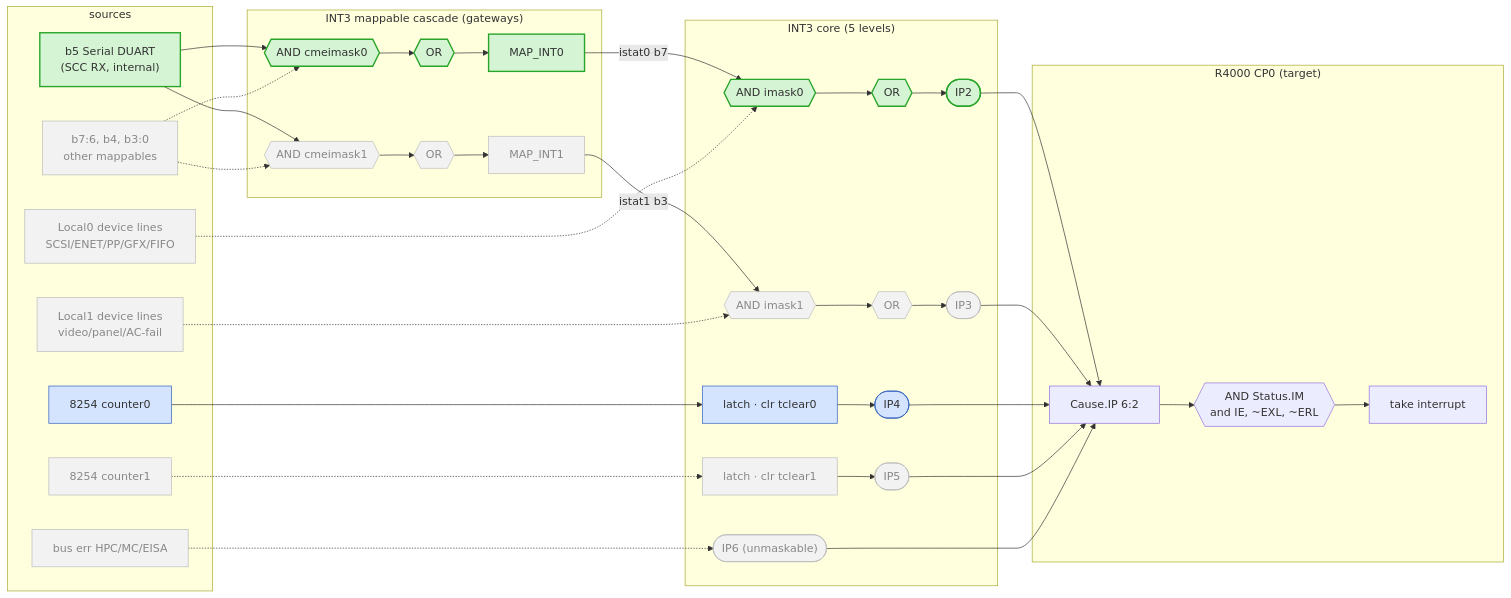
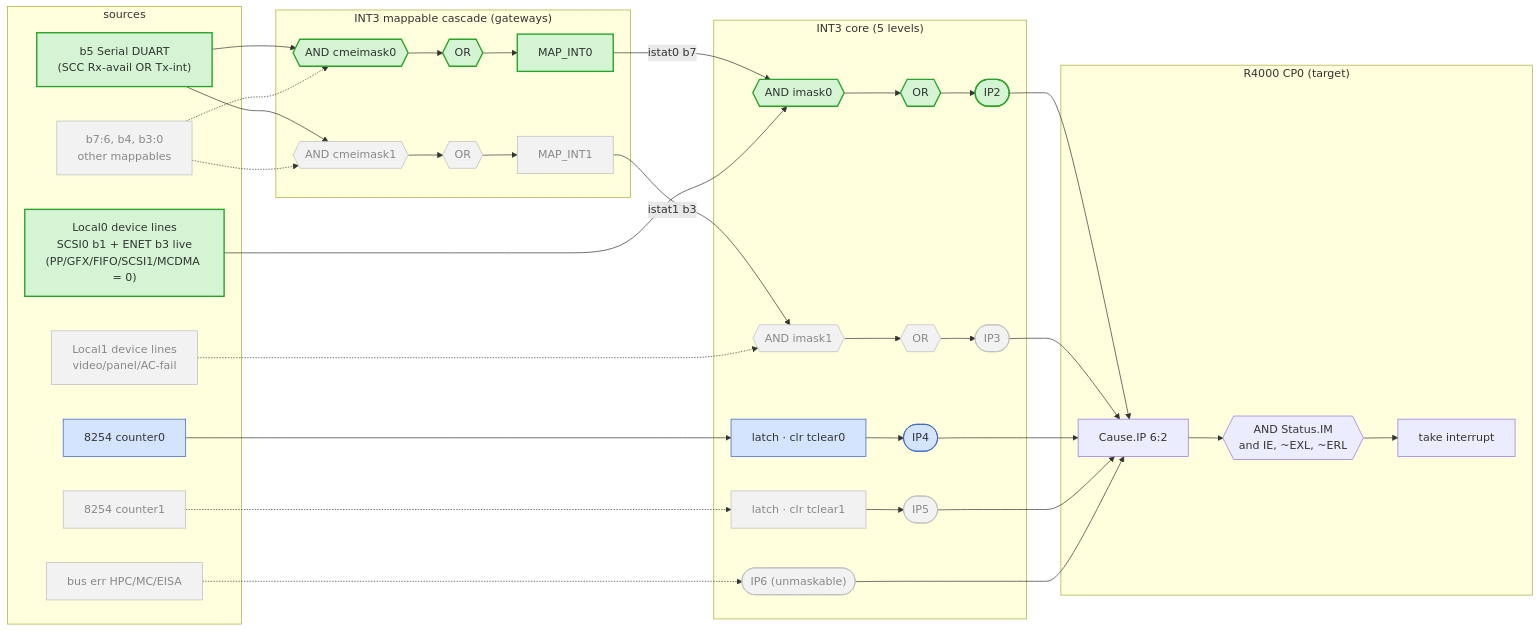
The diagram in docs/peripherals/ioc2.md (dsheffie/henry-the-wannabe-ip22-soc), drawn with Mermaid before and after one commit. The commit also changed other lines of this file and 26 other files, not shown here.

````diff
--- a/docs/peripherals/ioc2.md
+++ b/docs/peripherals/ioc2.md
@@ -75,77 +108,77 @@
 ```mermaid
 flowchart LR
     %% ---------- sources ----------
     subgraph SRC["sources"]
-      SER["b5 Serial DUART<br/>(SCC RX, internal)"]
+      SER["b5 Serial DUART<br/>(SCC Rx-avail OR Tx-int)"]
       OMAP["b7:6, b4, b3:0<br/>other mappables"]
-      DV0["Local0 device lines<br/>SCSI/ENET/PP/GFX/FIFO"]
+      DV0["Local0 device lines<br/>SCSI0 b1 + ENET b3 live<br/>(PP/GFX/FIFO/SCSI1/MCDMA = 0)"]
       DV1["Local1 device lines<br/>video/panel/AC-fail"]
       T0["8254 counter0"]
       T1["8254 counter1"]
       BER["bus err HPC/MC/EISA"]
     end
 
     %% ---------- gateways: the mappable cascade ----------
     subgraph GW["INT3 mappable cascade (gateways)"]
       ANDM0{{"AND cmeimask0"}}
       ORM0{{"OR"}}
       MI0["MAP_INT0"]
       ANDM1{{"AND cmeimask1"}}
       ORM1{{"OR"}}
       MI1["MAP_INT1"]
       ANDM0 --> ORM0 --> MI0
       ANDM1 --> ORM1 --> MI1
     end
 
     %% ---------- core: the 5 priority levels ----------
     subgraph CORE["INT3 core (5 levels)"]
       AND0{{"AND imask0"}}
       ORL0{{"OR"}}
       IP2(["IP2"])
       AND1{{"AND imask1"}}
       ORL1{{"OR"}}
       IP3(["IP3"])
       LAT0["latch · clr tclear0"]
       IP4(["IP4"])
       LAT1["latch · clr tclear1"]
       IP5(["IP5"])
       IP6(["IP6 (unmaskable)"])
       AND0 --> ORL0 --> IP2
       AND1 --> ORL1 --> IP3
       LAT0 --> IP4
       LAT1 --> IP5
     end
 
     %% ---------- target: the CPU ----------
     subgraph CPU["R4000 CP0 (target)"]
       IPR["Cause.IP 6:2"]
       ANDIM{{"AND Status.IM<br/>and IE, ~EXL, ~ERL"}}
       TAKE["take interrupt"]
       IPR --> ANDIM --> TAKE
     end
 
     %% ---------- cross-stage wiring ----------
     SER --> ANDM0
     SER --> ANDM1
     OMAP -.-> ANDM0
     OMAP -.-> ANDM1
     MI0 -->|"istat0 b7"| AND0
-    DV0 -.-> AND0
+    DV0 --> AND0
     MI1 -->|"istat1 b3"| AND1
     DV1 -.-> AND1
     T0 --> LAT0
     T1 -.-> LAT1
     BER -.-> IP6
     IP2 --> IPR
     IP3 --> IPR
     IP4 --> IPR
     IP5 --> IPR
     IP6 --> IPR
 
     classDef live fill:#d4f4d4,stroke:#28a428,stroke-width:2px;
     classDef impl fill:#d4e4ff,stroke:#3060c0;
     classDef stub fill:#f2f2f2,stroke:#bbb,color:#888;
-    class SER,ANDM0,ORM0,MI0,AND0,ORL0,IP2 live
+    class SER,ANDM0,ORM0,MI0,DV0,AND0,ORL0,IP2 live
     class T0,LAT0,IP4 impl
-    class OMAP,DV0,DV1,ANDM1,ORM1,MI1,AND1,ORL1,IP3,T1,LAT1,IP5,BER,IP6 stub
+    class OMAP,DV1,ANDM1,ORM1,MI1,AND1,ORL1,IP3,T1,LAT1,IP5,BER,IP6 stub
 ```
````
